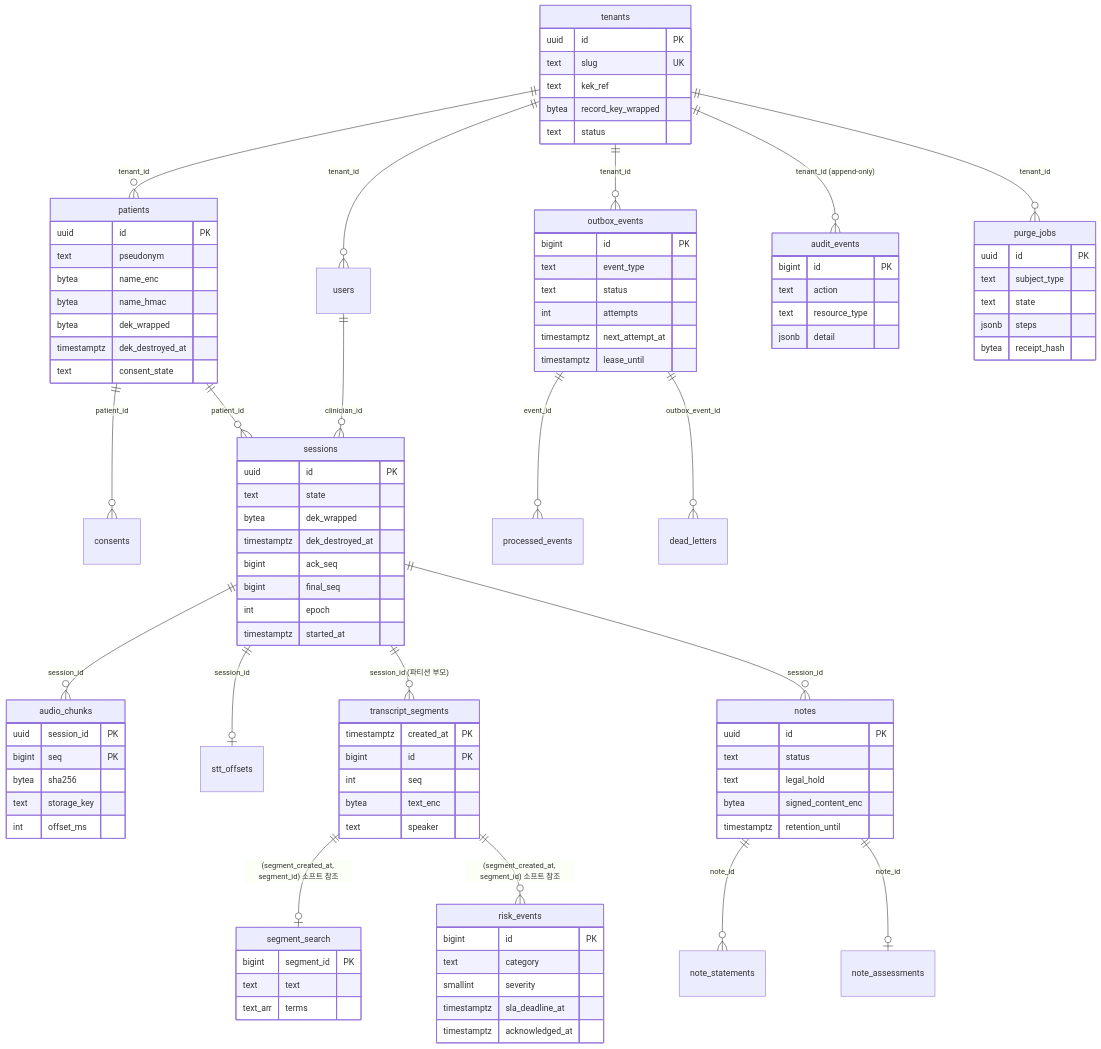
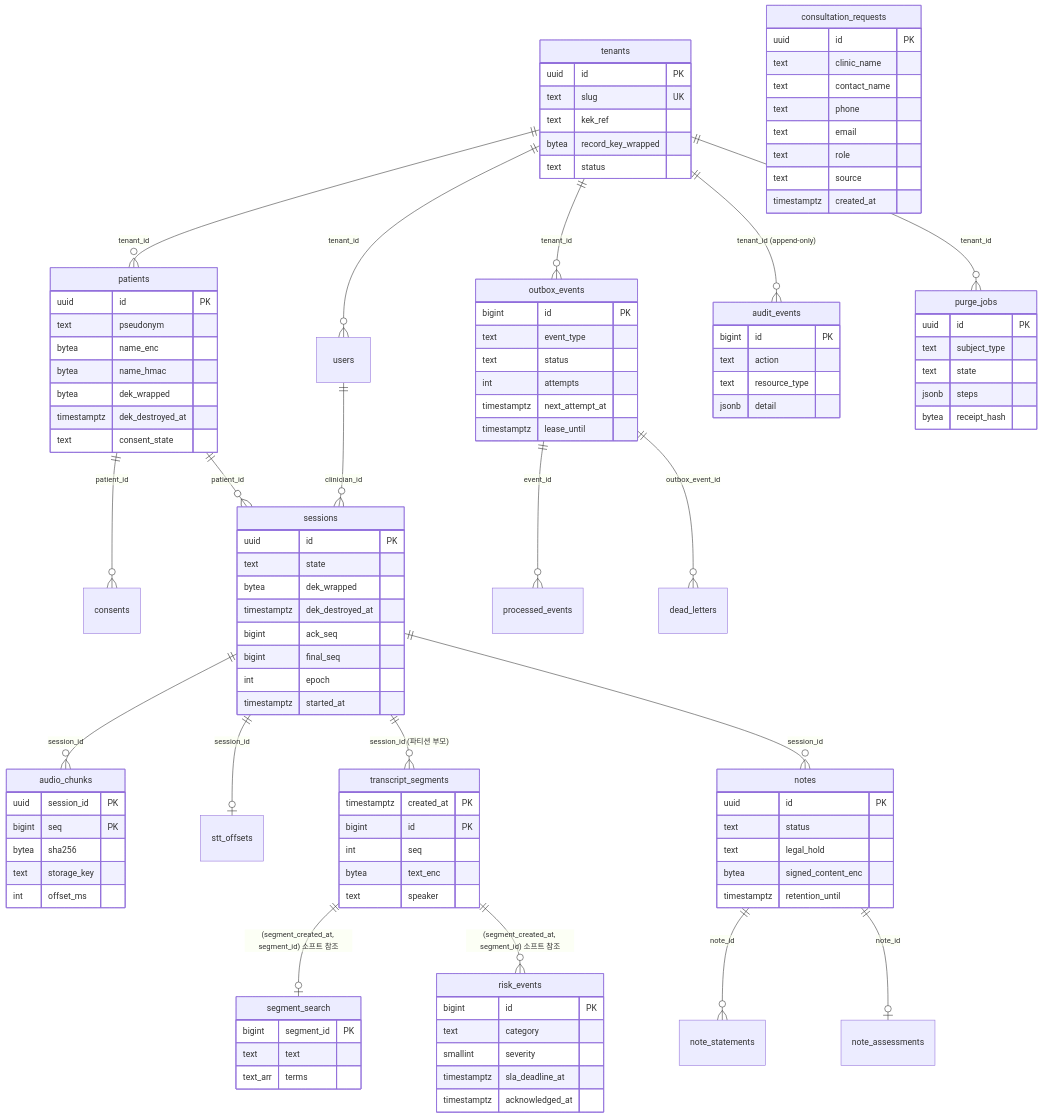
Before and after one commit to sokldjs554/chartwire: the diagram in docs/db/schema.md, drawn with Mermaid. The commit also changed other lines of this file and 25 other files, not shown here.

```diff
--- a/docs/db/schema.md
+++ b/docs/db/schema.md
@@ -38,6 +38,16 @@
     tenants ||--o{ audit_events : "tenant_id (append-only)"
     tenants ||--o{ purge_jobs : "tenant_id"
 
+    consultation_requests {
+        uuid id PK
+        text clinic_name
+        text contact_name
+        text phone
+        text email
+        text role
+        text source
+        timestamptz created_at
+    }
     tenants {
         uuid id PK
         text slug UK
```
